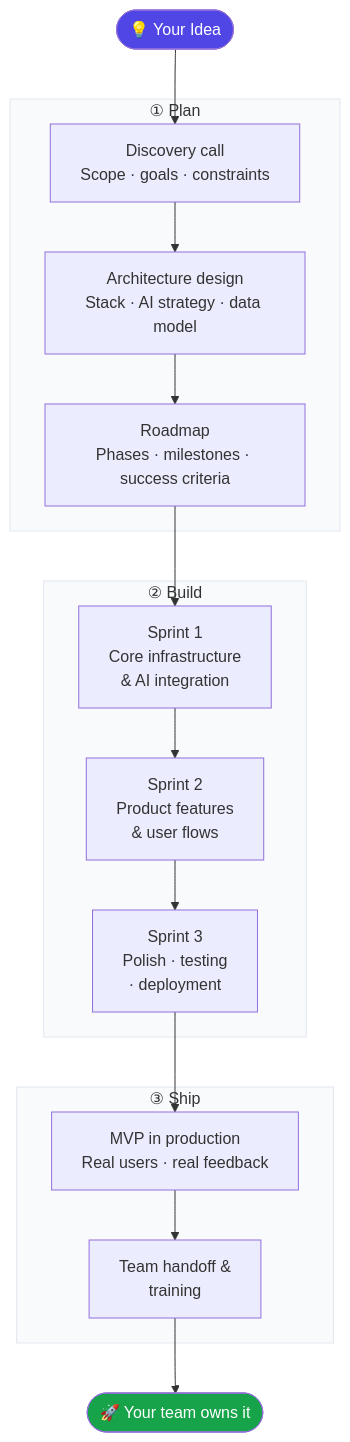
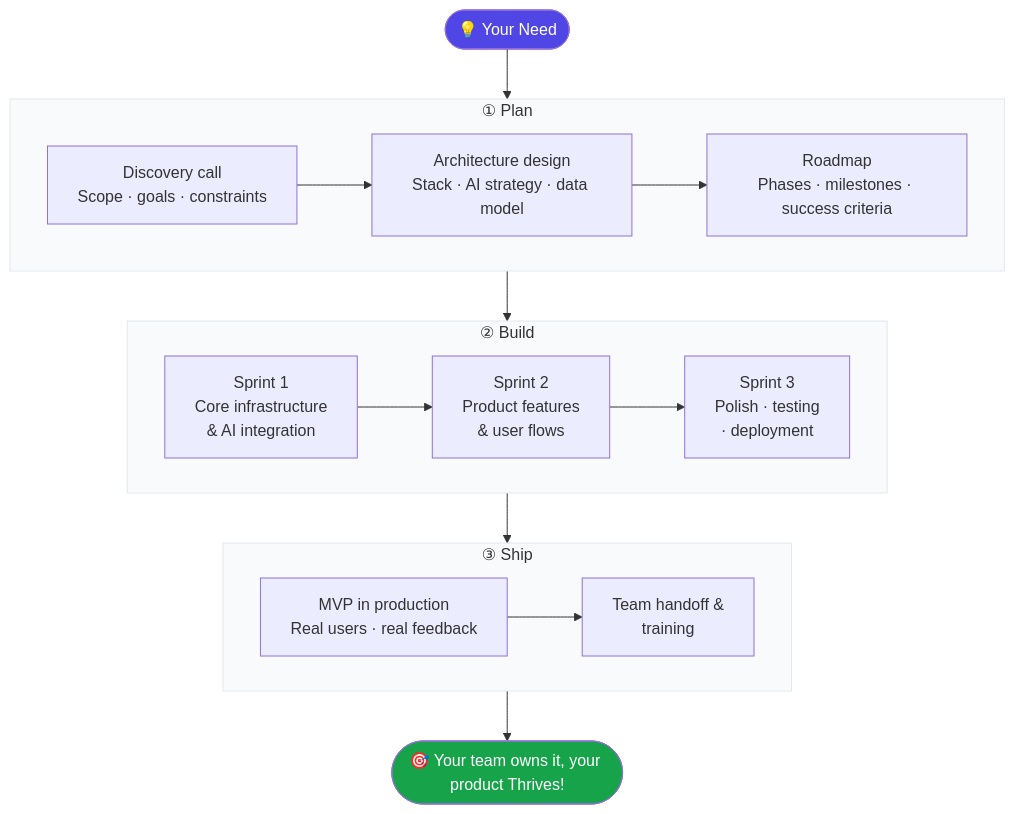
The diagram in README.md (thriv-es/.github), drawn with Mermaid before and after one commit.

Commit message:
Update flowchart in README for clarity

````diff
--- a/README.md
+++ b/README.md
@@ -28,29 +28,31 @@
 ```mermaid
 flowchart TD
-    A([💡 Your Idea]) --> B
+    A([💡 Your Need]) --> PLAN
 
     subgraph PLAN ["① Plan"]
-        B[Discovery call\nScope · goals · constraints]
-        B --> C[Architecture design\nStack · AI strategy · data model]
-        C --> D[Roadmap\nPhases · milestones · success criteria]
+        direction LR
+        B[Discovery call\nScope · goals · constraints] --> C[Architecture design\nStack · AI strategy · data model] --> D[Roadmap\nPhases · milestones · success criteria]
     end
 
+    PLAN --> BUILD
+
     subgraph BUILD ["② Build"]
-        D --> E[Sprint 1\nCore infrastructure\n& AI integration]
-        E --> F[Sprint 2\nProduct features\n& user flows]
-        F --> G[Sprint 3\nPolish · testing\n· deployment]
+        direction LR
+        E[Sprint 1\nCore infrastructure\n& AI integration] --> F[Sprint 2\nProduct features\n& user flows] --> G[Sprint 3\nPolish · testing\n· deployment]
     end
 
+    BUILD --> SHIP
+
     subgraph SHIP ["③ Ship"]
-        G --> H[MVP in production\nReal users · real feedback]
-        H --> I[Team handoff &\ntraining]
+        direction LR
+        H[MVP in production\nReal users · real feedback] --> I[Team handoff &\ntraining]
     end
 
-    I --> J([🚀 Your team owns it])
+    SHIP --> J([🎯 Your team owns it, your product Thrives!])
 
     style A fill:#4f46e5,color:#fff
     style J fill:#16a34a,color:#fff
     style PLAN fill:#f8fafc,stroke:#e2e8f0
     style BUILD fill:#f8fafc,stroke:#e2e8f0
     style SHIP fill:#f8fafc,stroke:#e2e8f0
 ```
````
